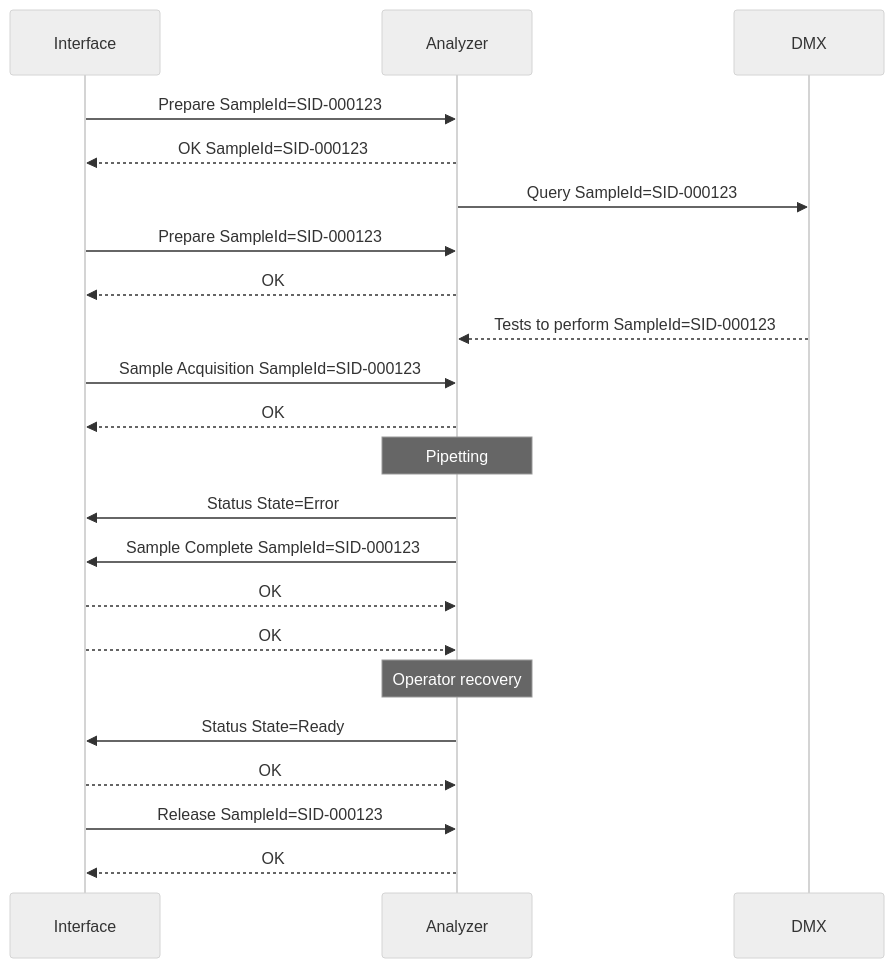
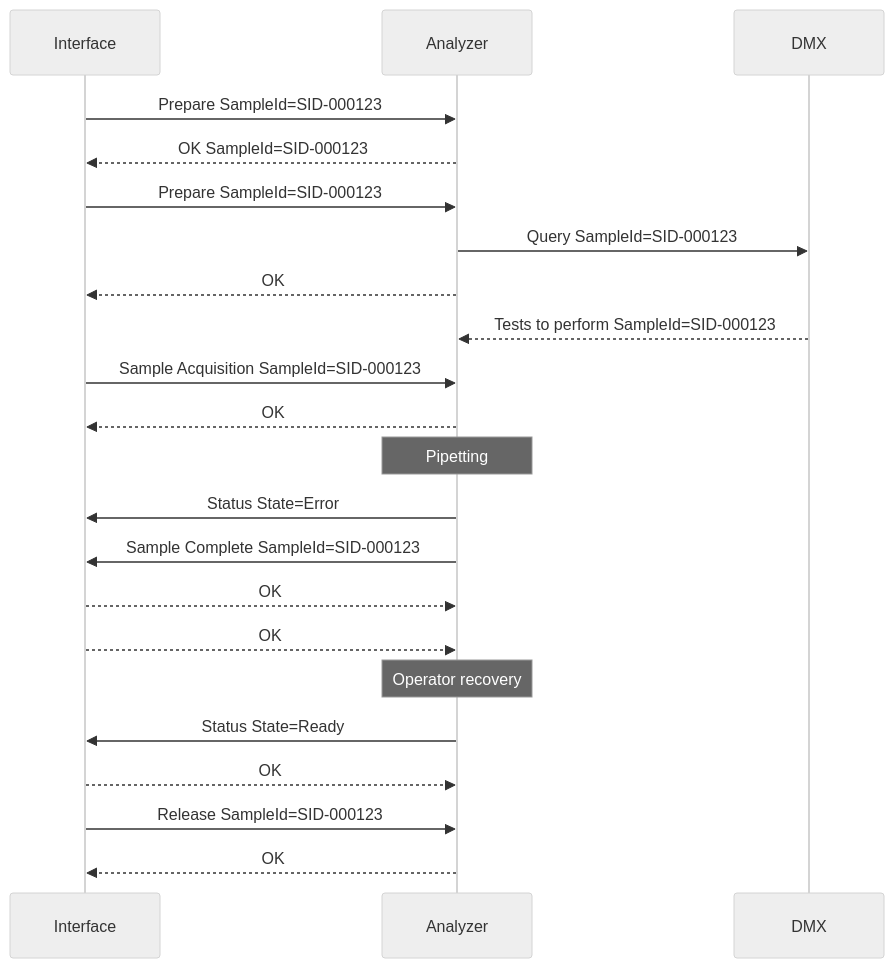
One commit to specialk74/trackviz changed the diagram in scenes/06_analyzer_error_recovery_turnstile.mmd. Above: the diagram before and after it, drawn with Mermaid (neutral theme). The commit also changed 31 other files, not shown here.

```diff
--- a/scenes/06_analyzer_error_recovery_turnstile.mmd
+++ b/scenes/06_analyzer_error_recovery_turnstile.mmd
@@ -1,140 +1,101 @@
 %% # Scene 06 — analyzer error during sampling, needle left down (turnstile)
 %% # Same situation as scene 05, with the turnstile, gate and antenna of scene 02.
 %% # The wheel can't rotate while the needle is down: after the recovery and
 %% # Status (Ready) it brings the carrier to the exit and releases it.
 %% # Carrier flow: right to left, Pit-Lane above the Main-Lane.
 %% # Coordinates are in a fixed 1920x1080 space (track panel: x 30..950, y 120..885).
 %% # Points left of x=30 or right of x=950 are outside the panel (hidden).
 %% geometry turnstile
 %% subtitle Single carrier — analyzer error with the needle down, operator recovery (turnstile)
 sequenceDiagram
     participant IF as Interface
     participant AN as Analyzer
     participant DMX as DMX
 
-    %% carrier C1 SID-000123 route=main_in,nsd,pit_in,pit_wait,ts.in,ts.out,pit_out,merge,main_out,gone speed=75
+    %% carrier C1 SID-000123 route=main_in,nsd,pit_in,pit_wait,ts.in,ts.out,pit_out,merge,main_out,gone
 
-    %% at 0
     %% caption 1 · Turnstile with gate and antenna | A carrier holding a sample tube travels towards the interface. The Pit-Lane ends in a turnstile, with an antenna and a gate in front of it.
-    %% at 2.26
-    %% move C1 to nsd ease=in
-    %% when C1 at nsd
-    %% move C1 to pit_wait ease=out
-    %% when C1 at nsd
-    %% caption 2 · Diverted — Prepare | The carrier is diverted into the Pit-Lane without stopping, and the interface sends Prepare to the analyzer.
-    %% when C1 at nsd
+    %% at 2.6
+    %% move C1 to pit_wait
+    %% on antenna1 C1
+    %% caption 2 · Diverted — Prepare — antenna | The carrier is diverted without stopping (Prepare) and read at the antenna (Prepare again). Nothing is being sampled, so the gate opens, the carrier enters and the wheel brings it under the needle.
+    %% on antenna1 C1
     %% highlight nsd duration=2
-    %% when C1 at nsd
+    %% on antenna1
     IF->>AN: Prepare SampleId=SID-000123
-    %% when prepare C1 sent
-    %% delay 1.997
+    %% after 0.1
     AN-->>IF: OK SampleId=SID-000123
-    %% when sample_ok C1 arrived
-    %% delay 0.3
-    AN->>DMX: Query SampleId=SID-000123
-    %% when C1 at pit_wait
-    %% caption 3 · Antenna — Prepare again | The carrier is read at the antenna: Prepare again. Nothing is being sampled, so the gate opens, the carrier enters and the wheel brings it under the needle.
-    %% when C1 at pit_wait
+    %% after 0.5 antenna2 C1
     %% highlight antenna2 duration=1.5
-    %% when C1 at pit_wait
-    %% delay 0.2
+    %% after 0.5 antenna2 C1
     %% color #9333EA
     IF->>AN: Prepare SampleId=SID-000123
-    %% when prepare_again C1 arrived
-    %% delay 0.1
+    %% after 0.1 OK C1
+    AN->>DMX: Query SampleId=SID-000123
+    %% after 0.1 Prepare C1
     %% for C1
     AN-->>IF: OK
-    %% when query C1 sent
-    %% delay 2.53
+    %% after 0.1 Query C1
     DMX-->>AN: Tests to perform SampleId=SID-000123
-    %% when C1 at pit_wait
-    %% delay 1.777
-    %% move C1 to ts.in ease=inout duration=2
-    %% when C1 at ts.in
-    %% delay 0.15
+    %% after 0.1 OK C1
+    %% move C1 to ts.in
+    %% after 0.15
     %% rotate ts
-    %% when rotate ts done
-    %% delay 0.05
-    %% caption 4 · Sample Acquisition | The carrier is under the needle: the interface sends Sample Acquisition and the analyzer starts aspirating.
-    %% when rotate ts done
-    %% delay 0.25
+    %% after 0.25
+    %% caption 3 · Sample Acquisition | The carrier is under the needle: the interface sends Sample Acquisition and the analyzer starts aspirating.
+    %% after 0.25 rotate ts
     IF->>AN: Sample Acquisition SampleId=SID-000123
-    %% when sample_acquisition C1 arrived
-    %% delay 0.1
+    %% after 0.1
     %% for C1
     AN-->>IF: OK
-    %% when analyzer_ok C1 arrived
-    %% delay 0.1
+    %% after 0.1
     %% needle ts down
-    %% when analyzer_ok C1 arrived
-    %% delay 0.1
+    %% after 0.1 OK C1
     %% duration 2.6
     Note over AN: Pipetting
-    %% when needle ts done
-    %% delay 1.7
-    %% caption 5 · Instrument error | During aspiration the analyzer goes into error, leaving the needle down in the tube. It immediately sends its status (Error) and Sample Complete. The interface replies OK to the status.
-    %% when needle ts done
-    %% delay 1.7
+    %% after 1.7 needle ts
+    %% caption 4 · Instrument error | During aspiration the analyzer goes into error, leaving the needle down in the tube. It immediately sends its status (Error) and Sample Complete. The interface replies OK to the status.
+    %% after 1.7 needle ts
     %% status analyzer error
-    %% when needle ts done
-    %% delay 1.7
+    %% after 1.7 needle ts
     %% for C1
     AN->>IF: Status State=Error
-    %% when status_error C1 sent
-    %% delay 0.5
     AN->>IF: Sample Complete SampleId=SID-000123
-    %% when sample_complete C1 arrived
-    %% delay 0.1
+    %% after 0.3 Status C1
     %% for C1
     IF-->>AN: OK
-    %% when status_error C1 sent
-    %% delay 1.8
+    %% after 0.1 Sample Complete C1
     %% for C1
     IF-->>AN: OK
-    %% when interface_ok C1 arrived
-    %% delay 0.3
-    %% caption 6 · Operator recovery | Sample Complete is not enough: with the analyzer in error the wheel does not rotate, the needle is still in the tube. An operator comes to the instrument for a recovery: the needle goes back up.
-    %% when interface_ok C1 arrived
-    %% delay 0.3
+    %% after 2.1 Status C1
+    %% caption 5 · Operator recovery | Sample Complete is not enough: with the analyzer in error the wheel does not rotate, the needle is still in the tube. An operator comes to the instrument for a recovery: the needle goes back up.
+    %% after 2.1 Status C1
     %% duration 6
     Note over AN: Operator recovery
-    %% when interface_ok C1 arrived
-    %% delay 0.3
+    %% after 2.1 Status C1
     %% operator analyzer duration=7
-    %% when interface_ok C1 arrived
-    %% delay 2.8
+    %% after 4.6 Status C1
     %% needle ts up duration=1.2
-    %% when needle ts done
-    %% delay 2.6
-    %% caption 7 · Instrument ready | The instrument is green again: it sends its status (Ready) to the interface, which replies OK. Only now the carrier is released.
-    %% when needle ts done
-    %% delay 2.6
+    %% after 2.6
+    %% caption 6 · Instrument ready | The instrument is green again: it sends its status (Ready) to the interface, which replies OK. Only now the carrier is released.
+    %% after 2.6 needle ts
     %% status analyzer ready
-    %% when needle ts done
-    %% delay 2.6
+    %% after 2.6 needle ts
     %% for C1
     AN->>IF: Status State=Ready
-    %% when status_ready C1 sent
-    %% delay 1.7
+    %% after 0.2
     %% for C1
     IF-->>AN: OK
-    %% when status_ready sent
-    %% delay 3
+    %% after 1.5 Status C1
     %% status analyzer normal
-    %% when interface_ok C1 arrived
-    %% delay 0.2
-    %% caption 8 · Carrier released — Release | The wheel brings the carrier to the exit and the interface releases it. As soon as it has left the interface module, the interface sends Release.
-    %% when status_ready C1 arrived
-    %% delay 1.9
+    %% after 0.2 OK C1
+    %% caption 7 · Carrier released — Release | The wheel brings the carrier to the exit and the interface releases it. As soon as it has left the interface module, the interface sends Release.
+    %% after 1.9 Status C1
     %% rotate ts
-    %% when rotate ts done
-    %% delay 0.2
-    %% move C1 to merge ease=in
-    %% when C1 at merge
-    %% move C1 to gone ease=out
-    %% when C1 at main_out
+    %% after 0.2
+    %% move C1 to gone
+    %% on antenna3
     IF->>AN: Release SampleId=SID-000123
-    %% when release C1 arrived
-    %% delay 0.1
+    %% after 0.1
     %% for C1
     AN-->>IF: OK
```
